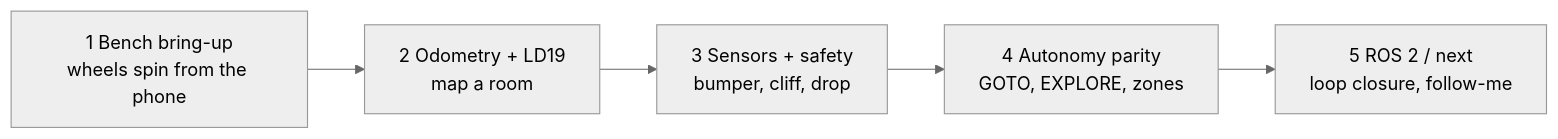
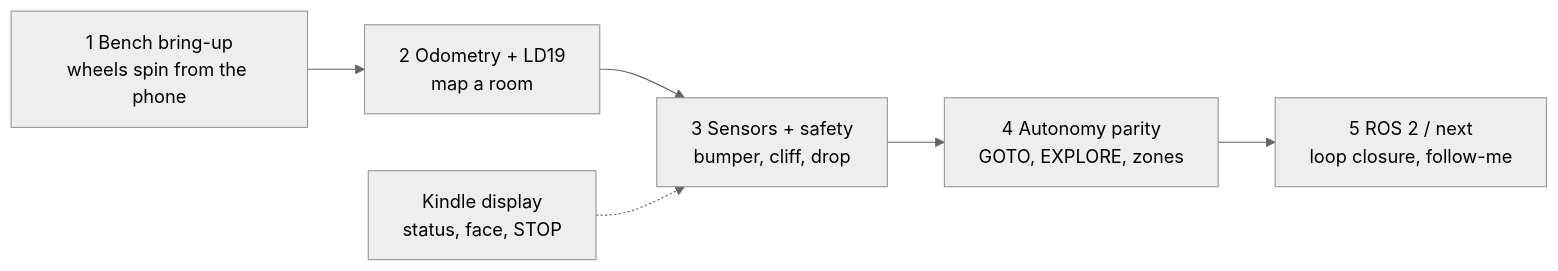
Before and after one commit to nespotts/self_balancing_robot_3: the first of 7 diagrams in docs/shark-platform-plan.md, drawn with Mermaid (neutral theme). The commit also changed other lines of this file, not shown here.

First line of the commit message:
Shark plan: reuse the spare balancer PCB, Orange Pi Zero 3W, Kindle display (#80)

````diff
--- a/docs/shark-platform-plan.md
+++ b/docs/shark-platform-plan.md
@@ -8,7 +9,8 @@
 ```mermaid
 flowchart LR
   A["1 Bench bring-up<br>wheels spin from the phone"] --> B["2 Odometry + LD19<br>map a room"]
   B --> C["3 Sensors + safety<br>bumper, cliff, drop"]
   C --> D["4 Autonomy parity<br>GOTO, EXPLORE, zones"]
   D --> E["5 ROS 2 / next<br>loop closure, follow-me"]
+  K["Kindle display<br>status, face, STOP"] -.-> C
 ```
````
